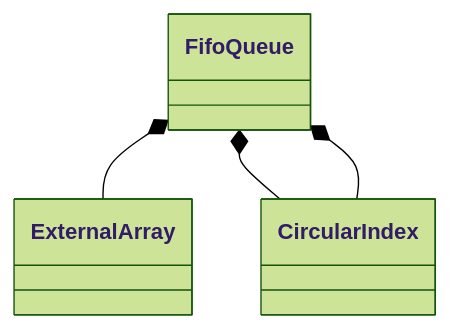
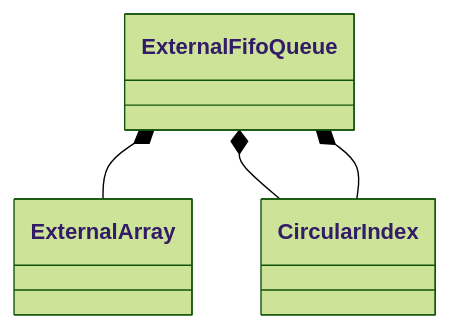
One commit to nasa/fprime changed the diagram in Fw/DataStructures/docs/ExternalFifoQueue.md. Above: the diagram before and after it, drawn with Mermaid (forest theme). The commit also changed 89 other files, not shown here.

````diff
--- a/Fw/DataStructures/docs/ExternalFifoQueue.md
+++ b/Fw/DataStructures/docs/ExternalFifoQueue.md
@@ -33,6 +33,6 @@
 ```mermaid
 classDiagram
-    FifoQueue *-- ExternalArray
-    FifoQueue *-- CircularIndex
-    FifoQueue *-- CircularIndex
+    ExternalFifoQueue *-- ExternalArray
+    ExternalFifoQueue *-- CircularIndex
+    ExternalFifoQueue *-- CircularIndex
 ```
````
